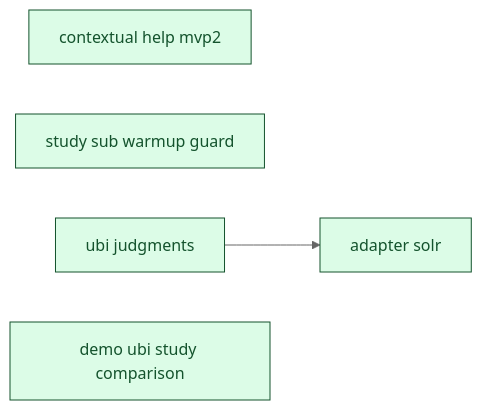
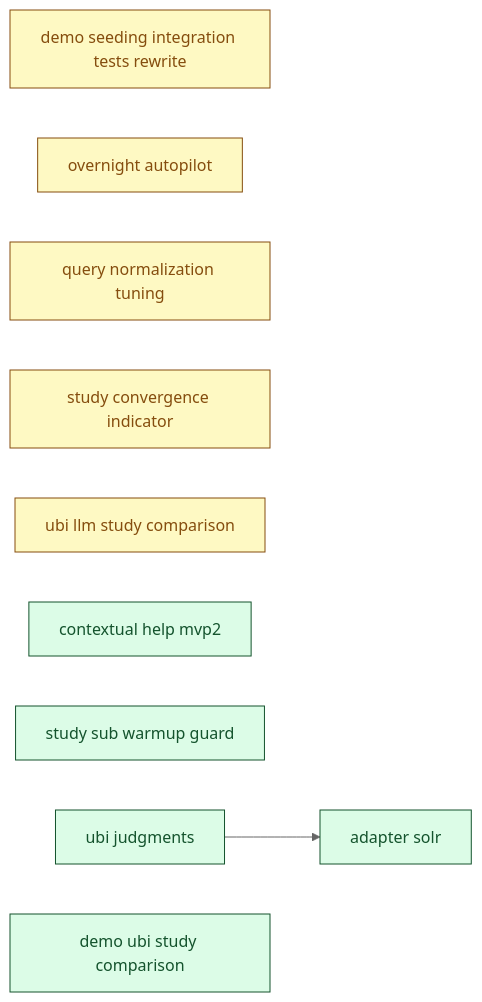
The diagram in docs/00_overview/MVP2_DASHBOARD.md (SoundMindsAI/relyloop), drawn with Mermaid (neutral theme) before and after one commit. The commit also changed other lines of this file and 27 other files, not shown here.

````diff
--- a/docs/00_overview/MVP2_DASHBOARD.md
+++ b/docs/00_overview/MVP2_DASHBOARD.md
@@ -77,19 +88,29 @@
 ```mermaid
 graph LR
   classDef done fill:#dcfce7,stroke:#14532d,color:#14532d;
   classDef implement fill:#ffedd5,stroke:#9a3412,color:#9a3412;
   classDef plan fill:#fef9c3,stroke:#854d0e,color:#854d0e;
   classDef spec fill:#dbeafe,stroke:#1e40af,color:#1e40af;
   classDef idea fill:#f1f5f9,stroke:#334155,color:#334155;
+  chore_demo_seeding_integration_tests_rewrite["demo seeding integration tests rewrite"]
+  class chore_demo_seeding_integration_tests_rewrite plan;
+  feat_overnight_autopilot["overnight autopilot"]
+  class feat_overnight_autopilot plan;
+  feat_query_normalization_tuning["query normalization tuning"]
+  class feat_query_normalization_tuning plan;
+  feat_study_convergence_indicator["study convergence indicator"]
+  class feat_study_convergence_indicator plan;
+  feat_ubi_llm_study_comparison["ubi llm study comparison"]
+  class feat_ubi_llm_study_comparison plan;
   feat_contextual_help_mvp2["contextual help mvp2"]
   class feat_contextual_help_mvp2 done;
   feat_study_sub_warmup_guard["study sub warmup guard"]
   class feat_study_sub_warmup_guard done;
   feat_ubi_judgments["ubi judgments"]
   class feat_ubi_judgments done;
   feat_demo_ubi_study_comparison["demo ubi study comparison"]
   class feat_demo_ubi_study_comparison done;
   infra_adapter_solr["adapter solr"]
   class infra_adapter_solr done;
   feat_ubi_judgments --> infra_adapter_solr
 ```
````
